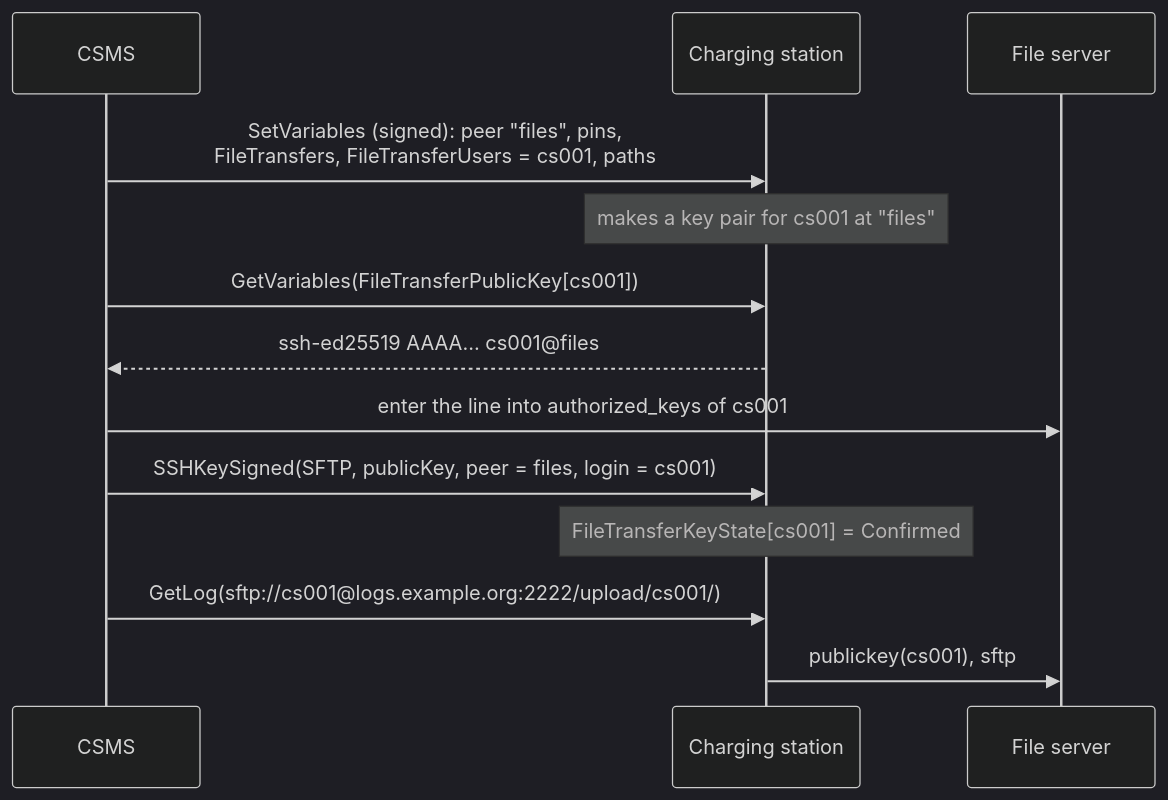
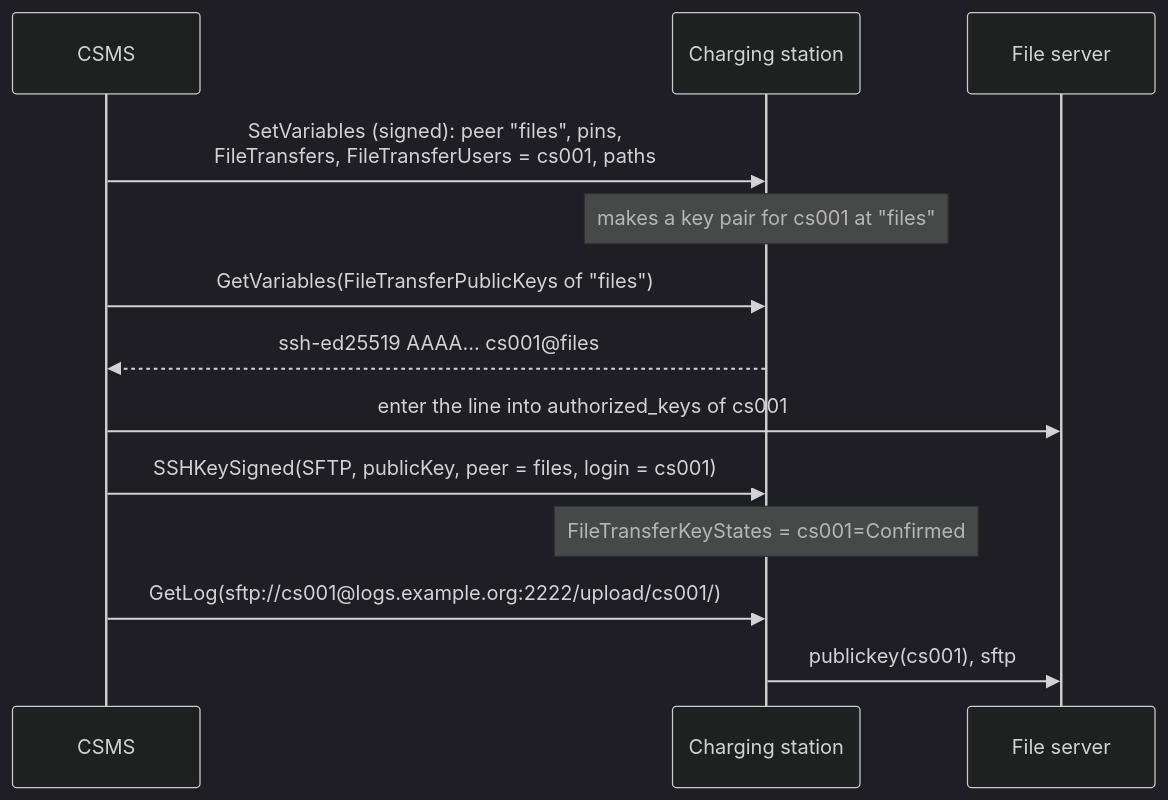
One commit to OpenChargingTechnology/Whitepapers changed the second of 2 diagrams in SFTP-FileTransfers/README.md. Above: the diagram before and after it, drawn with Mermaid (dark theme). The commit also changed other lines of this file, not shown here.

````diff
--- a/SFTP-FileTransfers/README.md
+++ b/SFTP-FileTransfers/README.md
@@ -569,15 +608,15 @@
 ```mermaid
 sequenceDiagram
     participant CSMS
     participant CS as Charging station
     participant FS as File server
     CSMS->>CS: SetVariables (signed): peer "files", pins,<br/>FileTransfers, FileTransferUsers = cs001, paths
     Note over CS: makes a key pair for cs001 at "files"
-    CSMS->>CS: GetVariables(FileTransferPublicKey[cs001])
+    CSMS->>CS: GetVariables(FileTransferPublicKeys of "files")
     CS-->>CSMS: ssh-ed25519 AAAA… cs001@files
     CSMS->>FS: enter the line into authorized_keys of cs001
     CSMS->>CS: SSHKeySigned(SFTP, publicKey, peer = files, login = cs001)
-    Note over CS: FileTransferKeyState[cs001] = Confirmed
+    Note over CS: FileTransferKeyStates = cs001=Confirmed
     CSMS->>CS: GetLog(sftp://cs001@logs.example.org:2222/upload/cs001/)
     CS->>FS: publickey(cs001), sftp
 ```
````
